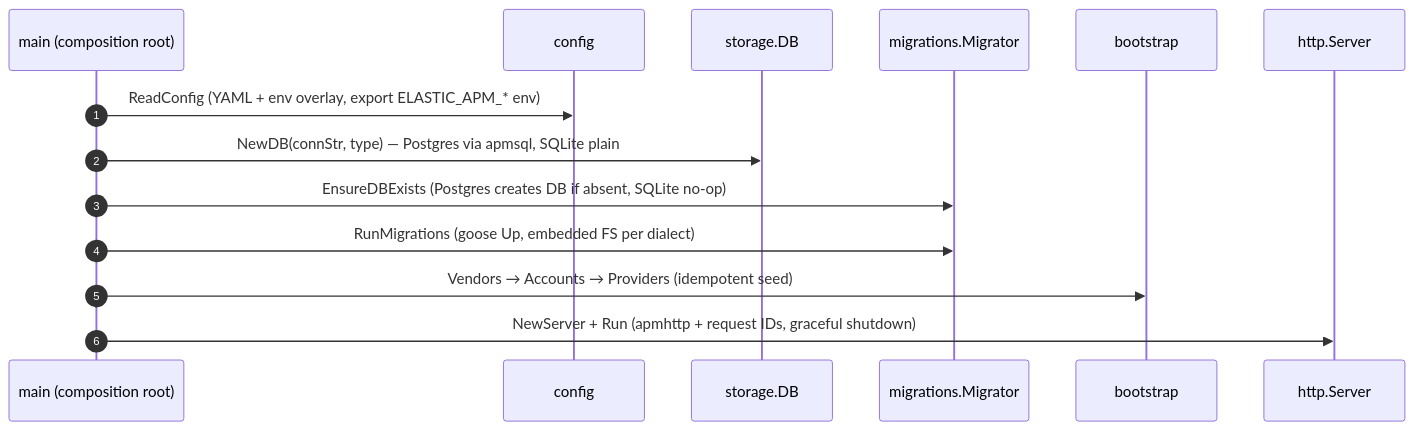
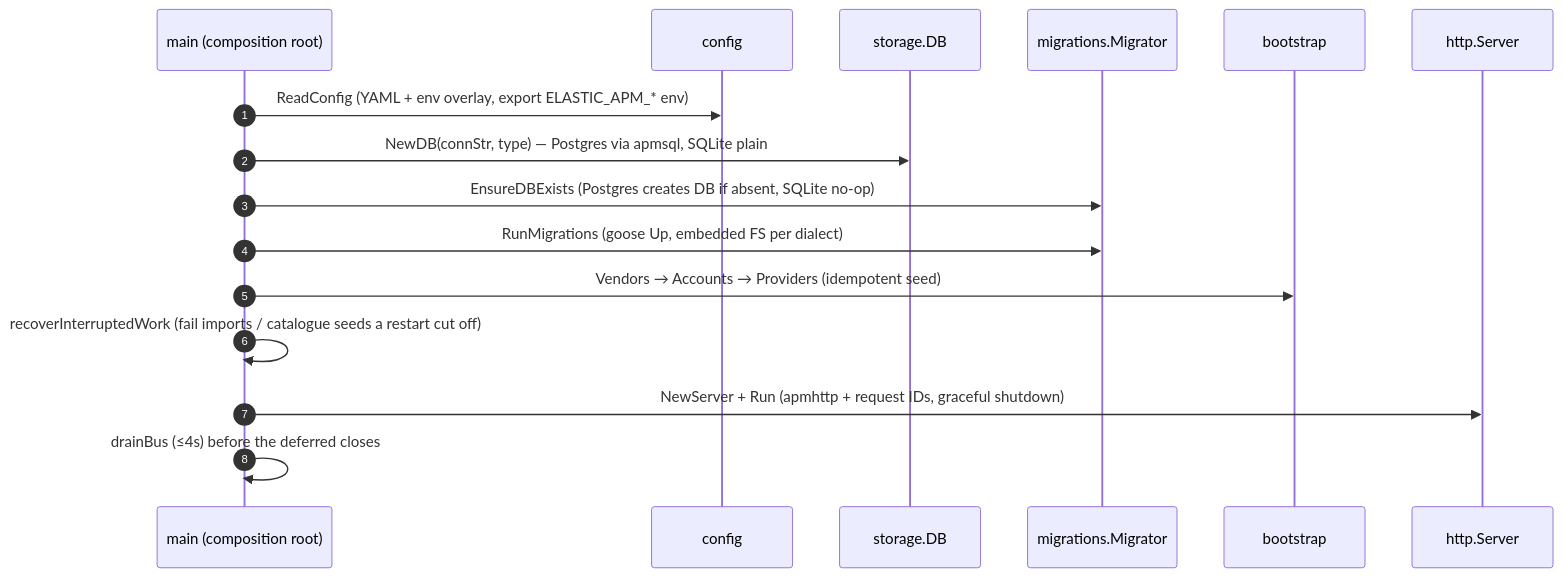
Before and after one commit to lennardclaproth/ta11y: the second of 3 diagrams in apps/api/docs/features/[018]_PLATFORM_OPERATIONS.md, drawn with Mermaid. The commit also changed other lines of this file and 188 other files, not shown here.

````diff
--- a/apps/api/docs/features/[018]_PLATFORM_OPERATIONS.md
+++ b/apps/api/docs/features/[018]_PLATFORM_OPERATIONS.md
@@ -87,17 +87,19 @@
 ```mermaid
 sequenceDiagram
     autonumber
     participant M as main (composition root)
     participant CFG as config
     participant DB as storage.DB
     participant MIG as migrations.Migrator
     participant BS as bootstrap
     participant SRV as http.Server
 
     M->>CFG: ReadConfig (YAML + env overlay, export ELASTIC_APM_* env)
     M->>DB: NewDB(connStr, type) — Postgres via apmsql, SQLite plain
     M->>MIG: EnsureDBExists (Postgres creates DB if absent, SQLite no-op)
     M->>MIG: RunMigrations (goose Up, embedded FS per dialect)
     M->>BS: Vendors → Accounts → Providers (idempotent seed)
+    M->>M: recoverInterruptedWork (fail imports / catalogue seeds a restart cut off)
     M->>SRV: NewServer + Run (apmhttp + request IDs, graceful shutdown)
+    M->>M: drainBus (≤4s) before the deferred closes
 ```
````
